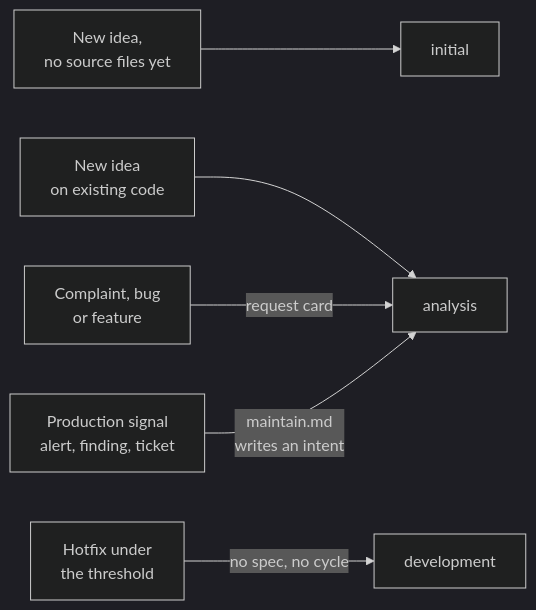
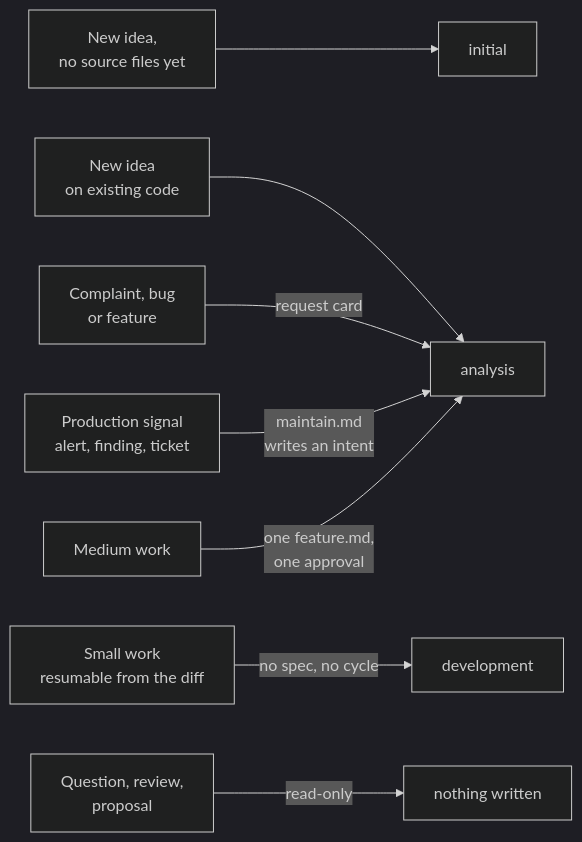
Before and after one commit to PapiScholz/SDLC-Assist: the second of 3 diagrams in docs/sdlc-flow.md, drawn with Mermaid (dark theme). The commit also changed other lines of this file and 36 other files, not shown here.

First line of the commit message:
feat(sdlc): cycles proportional to the work, feature.md for medium work [minor]

````diff
--- a/docs/sdlc-flow.md
+++ b/docs/sdlc-flow.md
@@ -49,8 +49,10 @@
 ```mermaid
 flowchart LR
     R1["New idea,<br/>no source files yet"] --> P0[initial]
     R2["New idea<br/>on existing code"] --> P1[analysis]
     R3["Complaint, bug<br/>or feature"] -->|request card| P1
     R4["Production signal<br/>alert, finding, ticket"] -->|maintain.md<br/>writes an intent| P1
-    R5["Hotfix under<br/>the threshold"] -->|no spec, no cycle| P3[development]
+    R5["Small work<br/>resumable from the diff"] -->|no spec, no cycle| P3[development]
+    R6["Medium work"] -->|one feature.md,<br/>one approval| P1
+    R7["Question, review,<br/>proposal"] -->|read-only| P9[nothing written]
 ```
````
